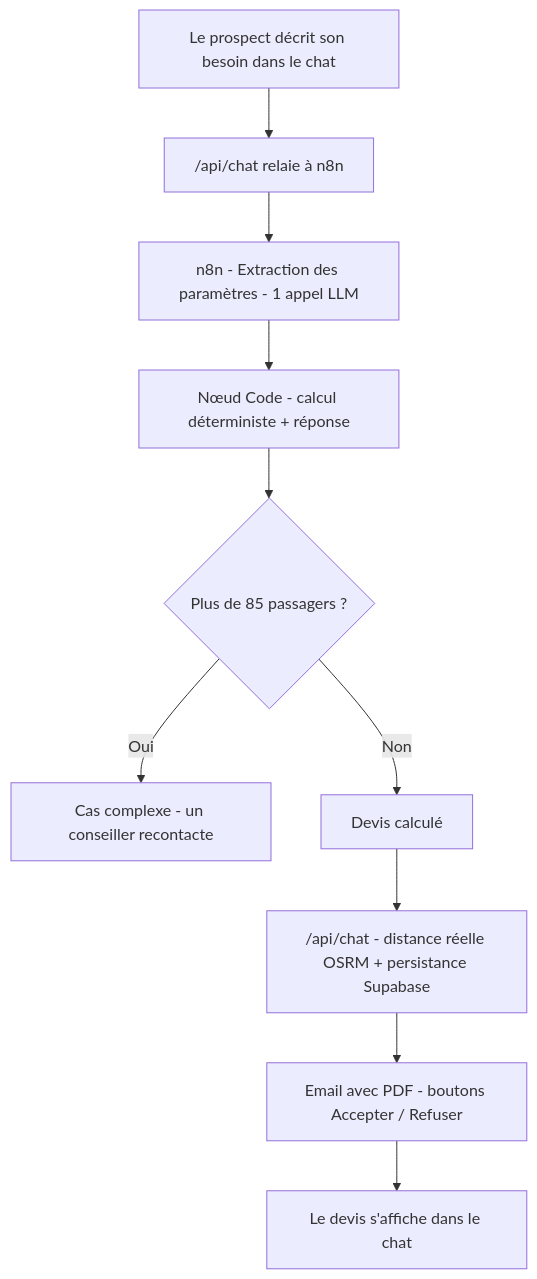
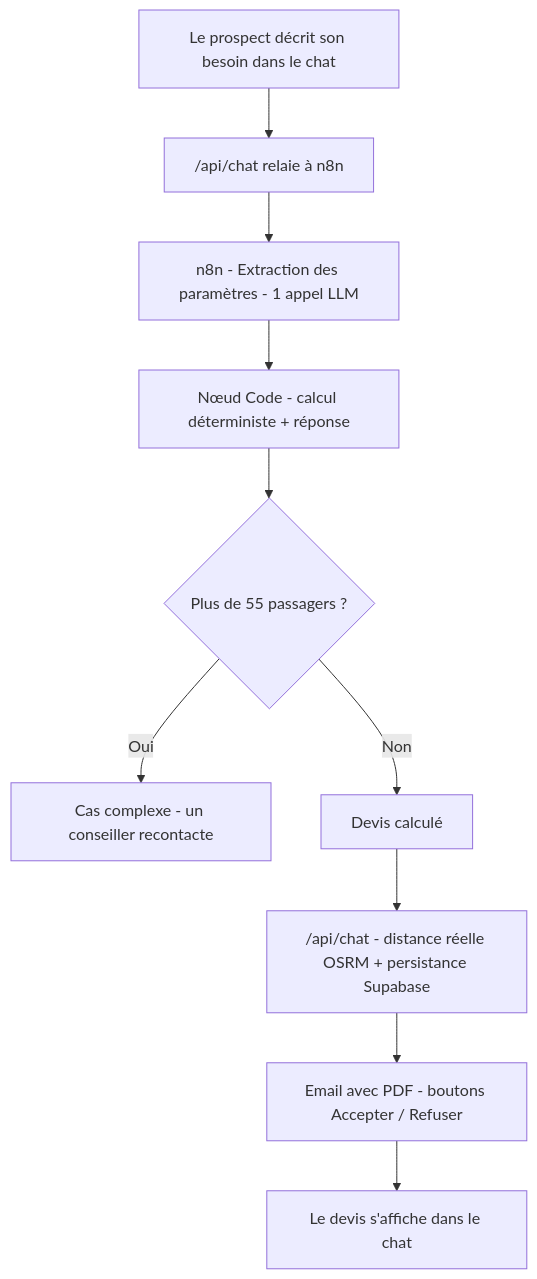
Before and after one commit to Karmadibsa/Autocar-Location: the second of 5 diagrams in DIAGRAMMES.md, drawn with Mermaid. The commit also changed other lines of this file and 41 other files, not shown here.

````diff
--- a/DIAGRAMMES.md
+++ b/DIAGRAMMES.md
@@ -48,12 +48,12 @@
 ```mermaid
 flowchart TB
     A[Le prospect décrit son besoin dans le chat] --> B["/api/chat relaie à n8n"]
     B --> C[n8n - Extraction des paramètres - 1 appel LLM]
     C --> D[Nœud Code - calcul déterministe + réponse]
-    D --> E{Plus de 85 passagers ?}
+    D --> E{Plus de 55 passagers ?}
     E -->|Oui| F[Cas complexe - un conseiller recontacte]
     E -->|Non| G[Devis calculé]
     G --> H["/api/chat - distance réelle OSRM + persistance Supabase"]
     H --> I[Email avec PDF - boutons Accepter / Refuser]
     I --> J[Le devis s'affiche dans le chat]
 ```
````
